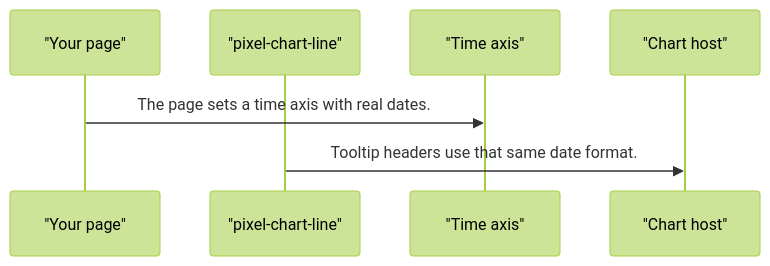
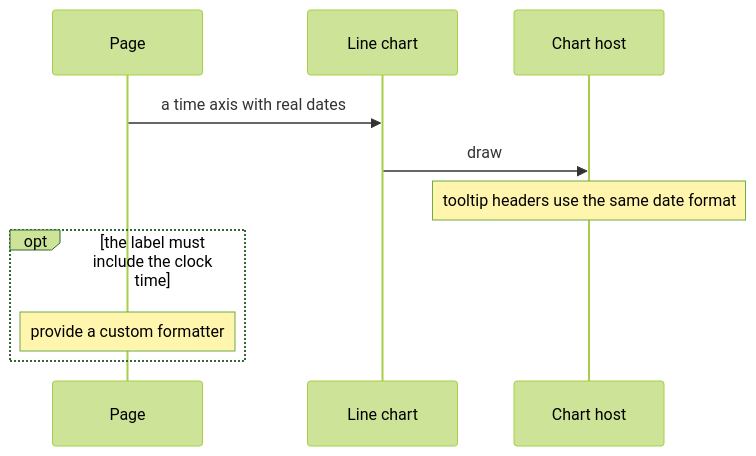
One commit to RajshekharBorate/pixel-ui changed the fifth of 5 diagrams in projects/pixel-ui/src/lib/pixel-chart-line/DESIGN.md. Above: the diagram before and after it, drawn with Mermaid (forest theme). The commit also changed other lines of this file and 73 other files, not shown here.

Commit message:
Explain who owns each value and what each flow does in every component and service design.

````diff
--- a/projects/pixel-ui/src/lib/pixel-chart-line/DESIGN.md
+++ b/projects/pixel-ui/src/lib/pixel-chart-line/DESIGN.md
@@ -93,9 +121,12 @@
 ```mermaid
 sequenceDiagram
-  participant page as "Your page"
-  participant plot as "pixel-chart-line"
-  participant zoom as "Time axis"
-  participant host as "Chart host"
-  page->>zoom: The page sets a time axis with real dates.
-  plot->>host: Tooltip headers use that same date format.
+  participant Page
+  participant Plot as Line chart
+  participant Host as Chart host
+  Page->>Plot: a time axis with real dates
+  Plot->>Host: draw
+  Note over Host: tooltip headers use the same date format
+  opt the label must include the clock time
+    Note over Page: provide a custom formatter
+  end
 ```
````
